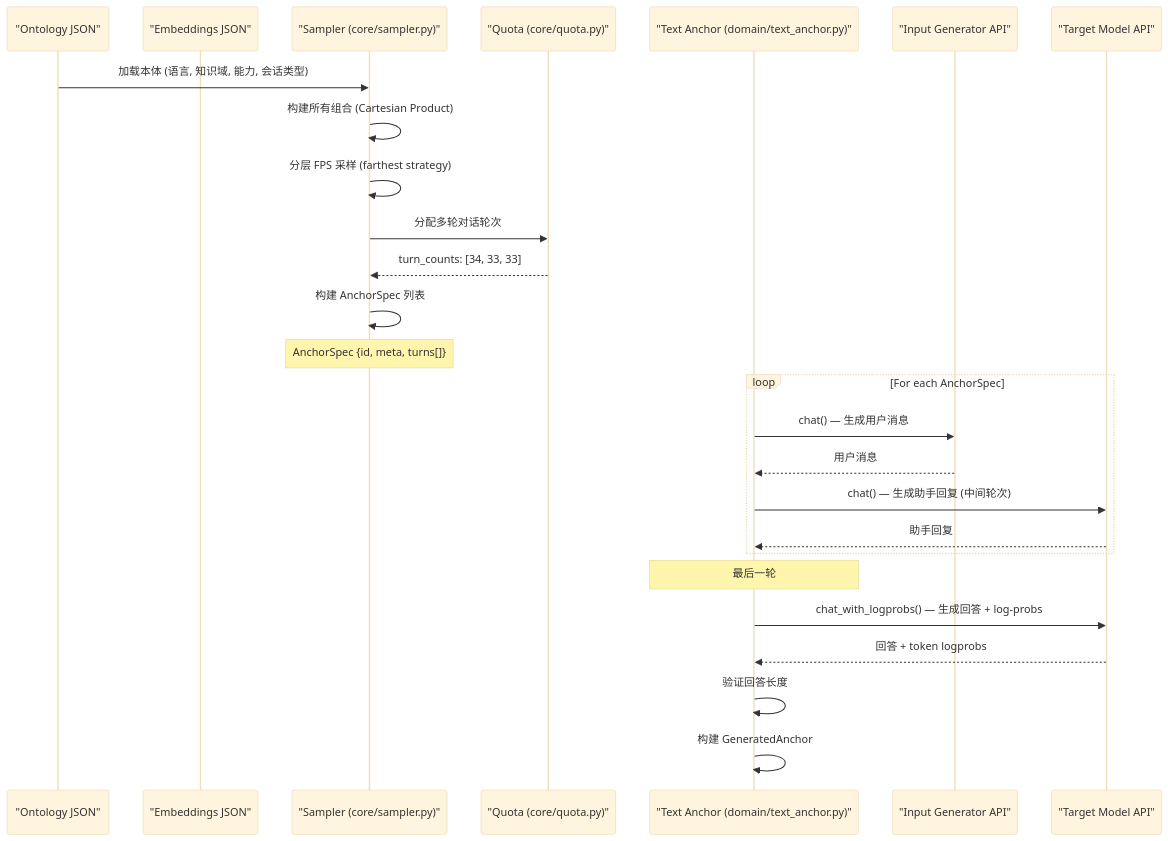
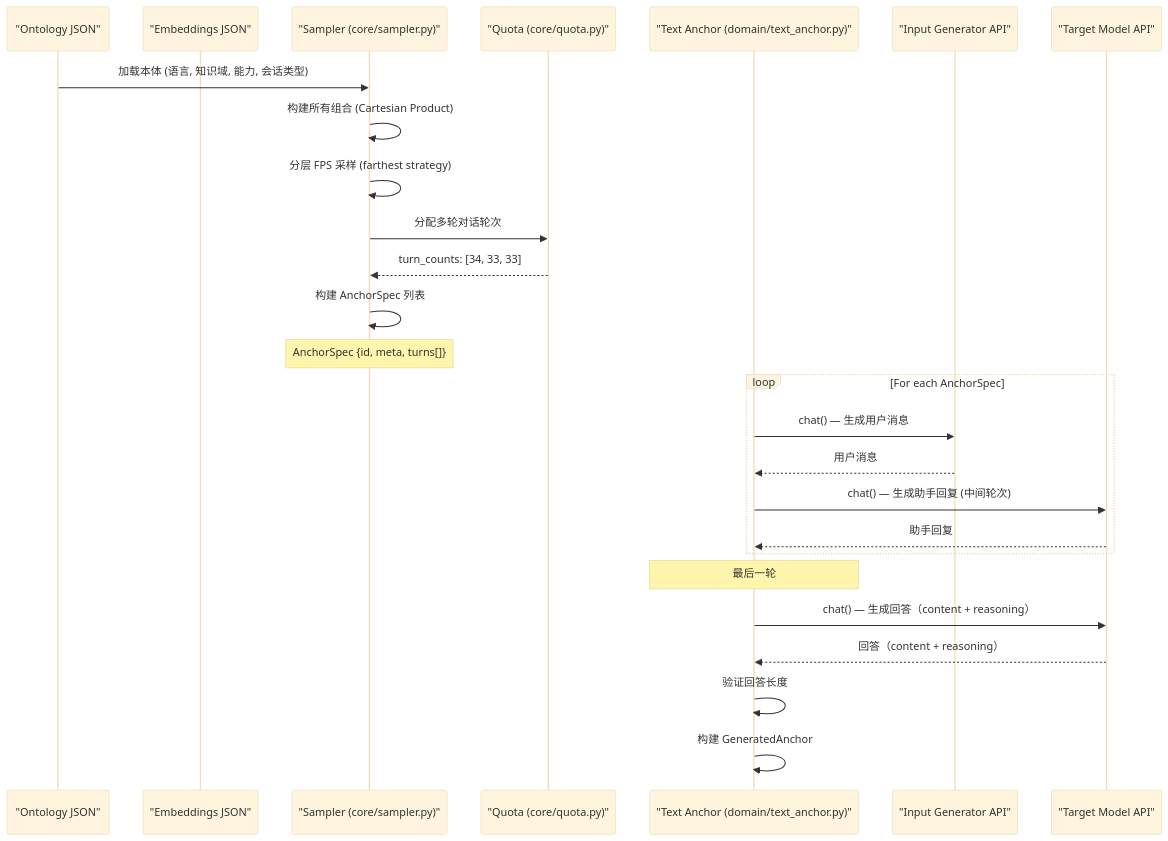
Before and after one commit to godthrone/anchor-replay-distillation: the third of 7 diagrams in docs/architecture.md, drawn with Mermaid (base theme). The commit also changed other lines of this file and 6 other files, not shown here.

First line of the commit message:
docs: align READMEs, architecture, examples and compliance notes with v3.0.0

````diff
--- a/docs/architecture.md
+++ b/docs/architecture.md
@@ -200,30 +225,30 @@
 ```mermaid
 sequenceDiagram
     participant Ontology as "Ontology JSON"
     participant Embeddings as "Embeddings JSON"
     participant Sampler as "Sampler (core/sampler.py)"
     participant Quota as "Quota (core/quota.py)"
     participant TextAnchor as "Text Anchor (domain/text_anchor.py)"
     participant InputGen as "Input Generator API"
     participant Target as "Target Model API"
 
     Ontology->>Sampler: 加载本体 (语言, 知识域, 能力, 会话类型)
     Sampler->>Sampler: 构建所有组合 (Cartesian Product)
     Sampler->>Sampler: 分层 FPS 采样 (farthest strategy)
     Sampler->>Quota: 分配多轮对话轮次
     Quota-->>Sampler: turn_counts: [34, 33, 33]
     Sampler->>Sampler: 构建 AnchorSpec 列表
     Note over Sampler: AnchorSpec {id, meta, turns[]}
 
     loop For each AnchorSpec
         TextAnchor->>InputGen: chat() — 生成用户消息
         InputGen-->>TextAnchor: 用户消息
         TextAnchor->>Target: chat() — 生成助手回复 (中间轮次)
         Target-->>TextAnchor: 助手回复
     end
     Note over TextAnchor: 最后一轮
-    TextAnchor->>Target: chat_with_logprobs() — 生成回答 + log-probs
-    Target-->>TextAnchor: 回答 + token logprobs
+    TextAnchor->>Target: chat() — 生成回答（content + reasoning）
+    Target-->>TextAnchor: 回答（content + reasoning）
     TextAnchor->>TextAnchor: 验证回答长度
     TextAnchor->>TextAnchor: 构建 GeneratedAnchor
 ```
````
